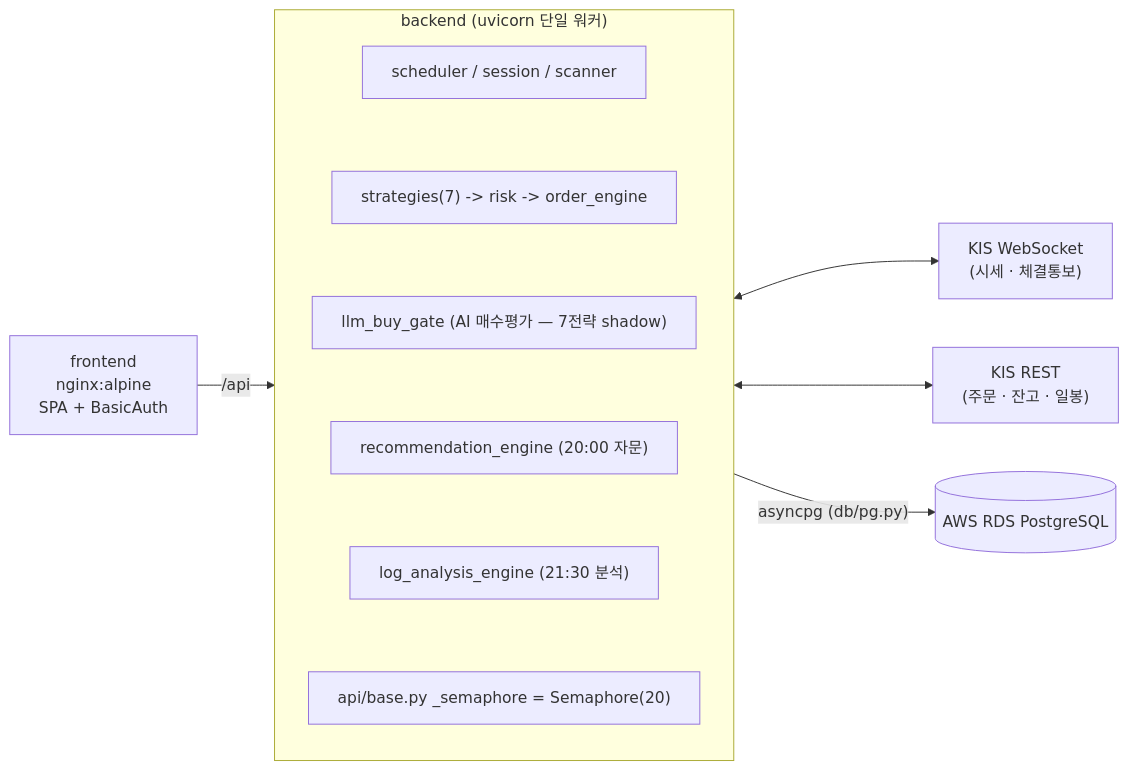
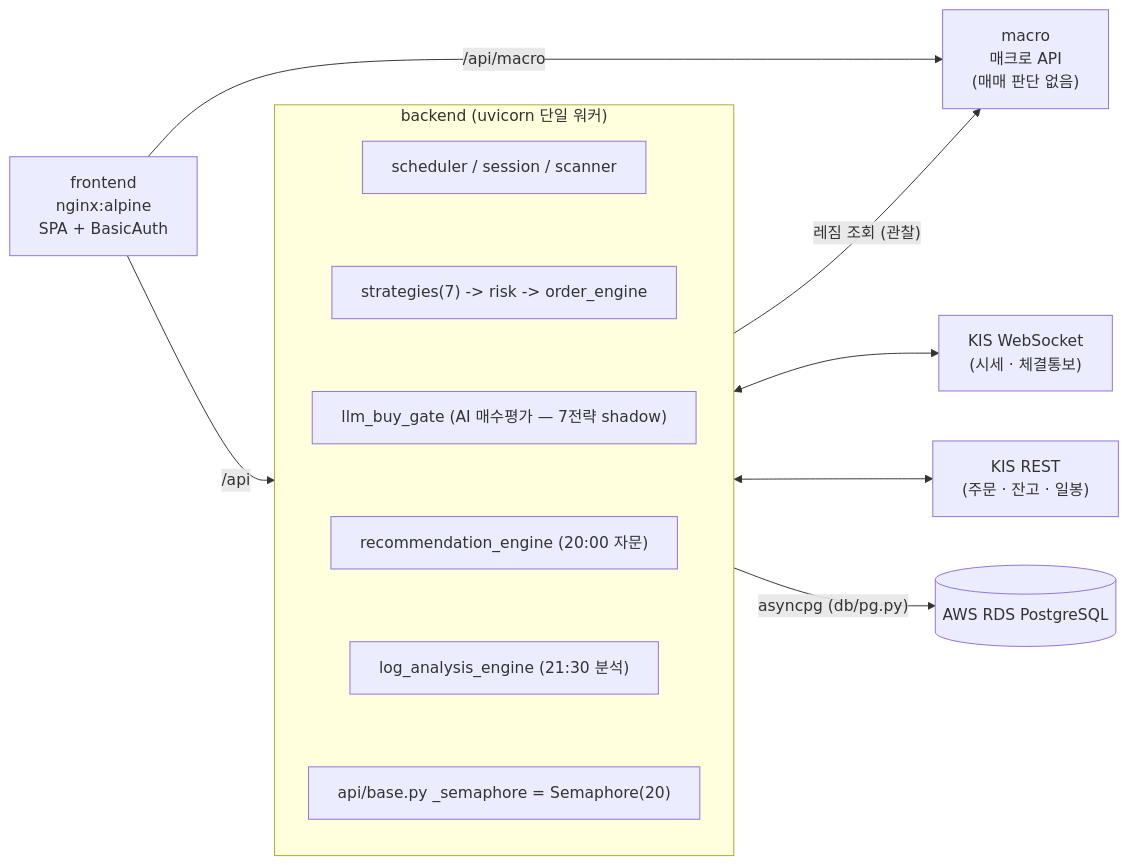
One commit to canduk910/auto_stock changed diagram 19 of 25 in docs/architecture.md. Above: the diagram before and after it, drawn with Mermaid. The commit also changed other lines of this file and 4 other files, not shown here.

First line of the commit message:
docs: architecture.md 를 7전략 전체로 확대(§4 엔진 그림·멤버 표, §8 매수 신호 흐름 8.3~8.7) + Mermaid 때 찾은 불일치 정리(컨테이너 3개·배포 모드·README kojiro·깨진 앵커) + param_drift.py 모듈 맵 + cycle363 행 정정 부기

````diff
--- a/docs/architecture.md
+++ b/docs/architecture.md
@@ -998,26 +1317,29 @@
 ```mermaid
 %%{init: {"flowchart": {"wrappingWidth": 360}}}%%
 flowchart LR
     FE["frontend<br/>nginx:alpine<br/>SPA + BasicAuth"]
     subgraph BE["backend (uvicorn 단일 워커)"]
         direction TB
         B1["scheduler / session / scanner"]
         B2["strategies(7) -> risk -> order_engine"]
         B3["llm_buy_gate (AI 매수평가 — 7전략 shadow)"]
         B4["recommendation_engine (20:00 자문)"]
         B5["log_analysis_engine (21:30 분석)"]
         B6["api/base.py _semaphore = Semaphore(20)"]
         B1 ~~~ B2
         B2 ~~~ B3
         B3 ~~~ B4
         B4 ~~~ B5
         B5 ~~~ B6
     end
     WS["KIS WebSocket<br/>(시세 · 체결통보)"]
     REST["KIS REST<br/>(주문 · 잔고 · 일봉)"]
     DB[("AWS RDS PostgreSQL")]
+    MAC["macro<br/>매크로 API<br/>(매매 판단 없음)"]
     FE -->|"/api"| BE
+    FE -->|"/api/macro"| MAC
     BE <--> WS
     BE <--> REST
     BE -->|"asyncpg (db/pg.py)"| DB
+    BE -->|"레짐 조회 (관찰)"| MAC
 ```
````
